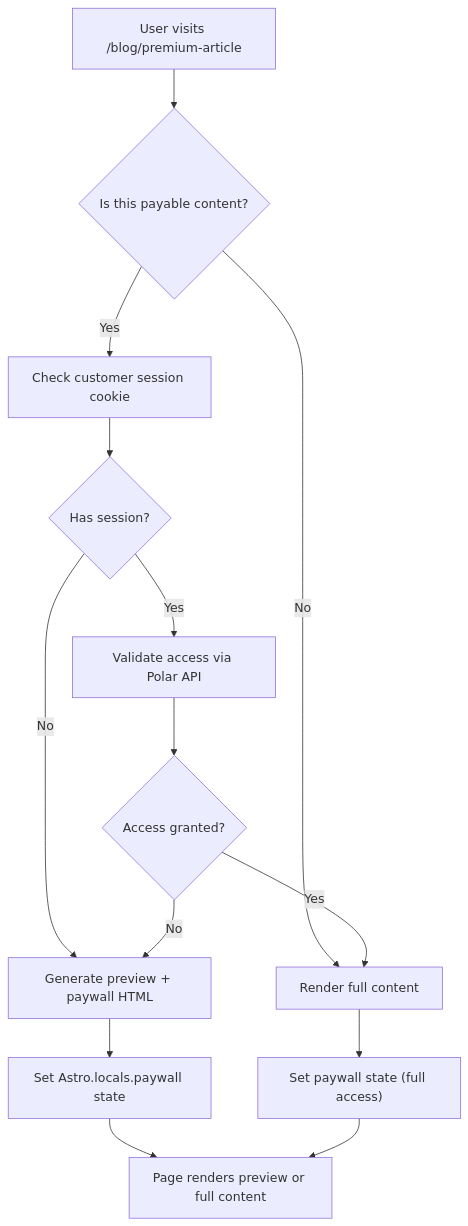
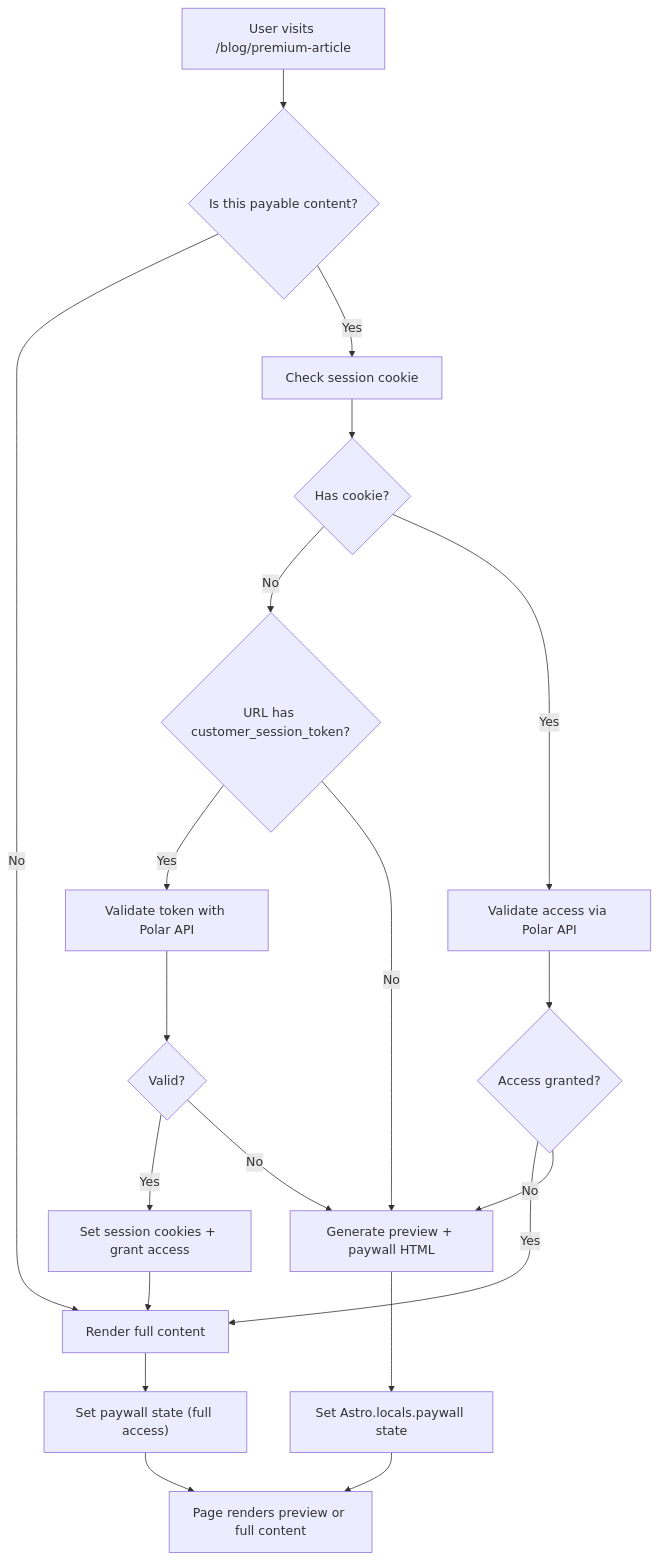
One commit to monakit/mona-kiosk changed the diagram in packages/mona-kiosk/README.md. Above: the diagram before and after it, drawn with Mermaid. The commit also changed other lines of this file and 29 other files, not shown here.

````diff
--- a/packages/mona-kiosk/README.md
+++ b/packages/mona-kiosk/README.md
@@ -161,21 +345,28 @@
 ```mermaid
 flowchart TD
   A[User visits /blog/premium-article]
   A --> B{Is this payable content?}
 
   B -- No --> FULL[Render full content]
-  B -- Yes --> C[Check customer session cookie]
-  C --> D{Has session?}
+  B -- Yes --> C[Check session cookie]
+  C --> D{Has cookie?}
 
-  D -- No --> PREVIEW[Generate preview + paywall HTML]
+  D -- No --> U{URL has customer_session_token?}
+  U -- Yes --> V[Validate token with Polar API]
+  V --> W{Valid?}
+  W -- Yes --> X[Set session cookies + grant access]
+  W -- No --> PREVIEW[Generate preview + paywall HTML]
+  X --> FULL
+
+  U -- No --> PREVIEW
   D -- Yes --> E[Validate access via Polar API]
   E --> F{Access granted?}
 
   F -- Yes --> FULL
   F -- No --> PREVIEW
 
   PREVIEW --> S[Set Astro.locals.paywall state]
   FULL --> S2["Set paywall state (full access)"]
   S --> R[Page renders preview or full content]
   S2 --> R
 ```
````
